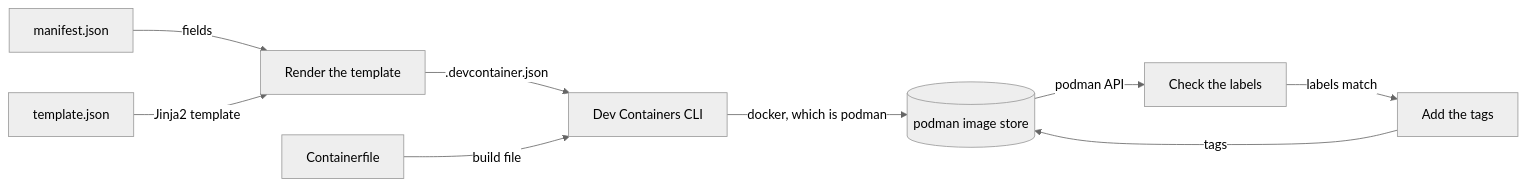
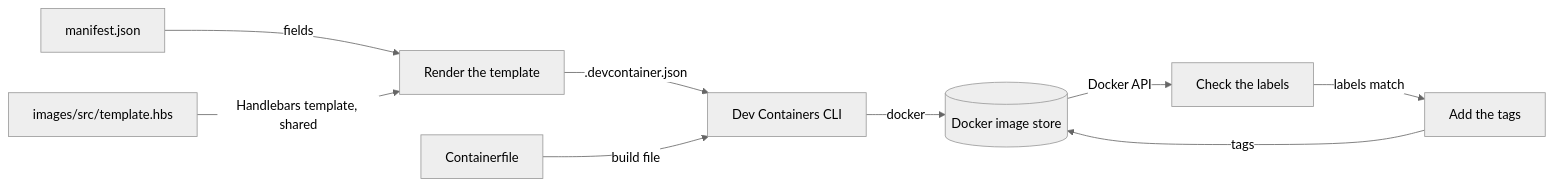
Before and after one commit to froazin/devcontainers: the diagram in docs/images/builds.md, drawn with Mermaid (neutral theme). The commit also changed other lines of this file and 63 other files, not shown here.

````diff
--- a/docs/images/builds.md
+++ b/docs/images/builds.md
@@ -16,13 +16,13 @@
 ```mermaid
 flowchart LR
     accTitle: How an image is built and tagged
-    accDescr: The build renders manifest.json and template.json into .devcontainer.json. The Dev Containers CLI builds the image from it and the Containerfile, by running docker, which is podman. The image lands in podman's image store. The build then reads the image through the podman API, checks its labels against the manifest and adds its tags.
+    accDescr: The build renders the image's manifest.json and the shared images/src/template.hbs into the image's .devcontainer.json. The Dev Containers CLI builds the image from it and the Containerfile, by running docker. The image lands in Docker's image store. The build then reads the image through the Docker API, checks its labels against the manifest and adds its tags.
     manifest[manifest.json] -->|fields| render[Render the template]
-    template[template.json] -->|Jinja2 template| render
+    template[images/src/template.hbs] -->|Handlebars template, shared| render
     render -->|.devcontainer.json| cli[Dev Containers CLI]
     containerfile[Containerfile] -->|build file| cli
-    cli -->|docker, which is podman| store[(podman image store)]
-    store -->|podman API| check[Check the labels]
+    cli -->|docker| store[(Docker image store)]
+    store -->|Docker API| check[Check the labels]
     check -->|labels match| tag[Add the tags]
     tag -->|tags| store
 ```
````
